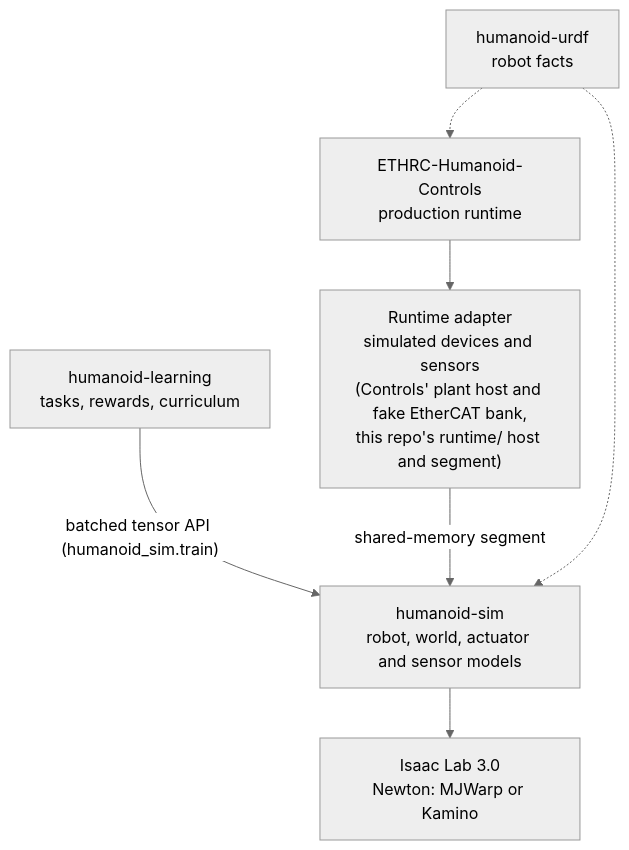
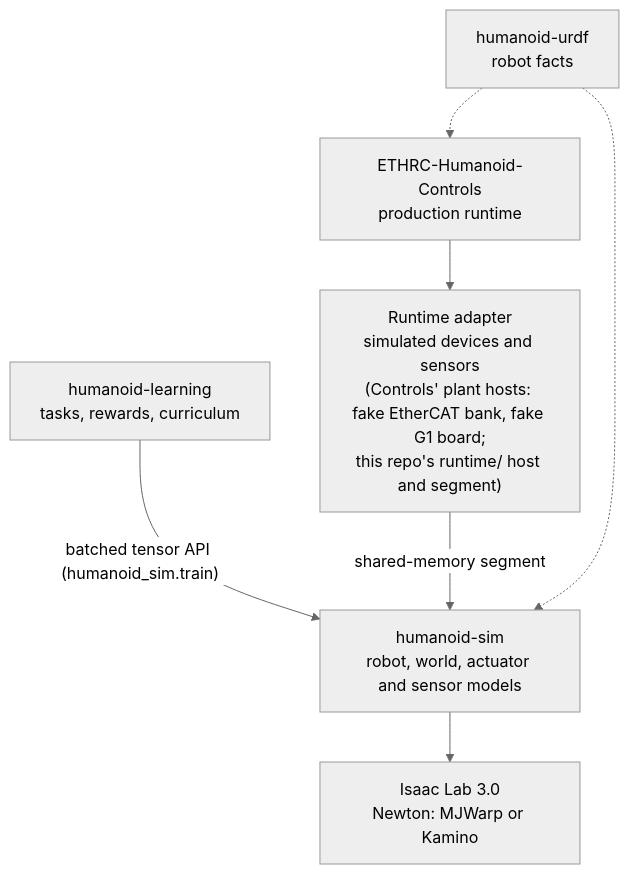
One commit to ETHRoboticsClub/humanoid-sim changed the first of 2 diagrams in docs/overview.md. Above: the diagram before and after it, drawn with Mermaid (neutral theme). The commit also changed other lines of this file and 4 other files, not shown here.

````diff
--- a/docs/overview.md
+++ b/docs/overview.md
@@ -17,15 +17,15 @@
 ```mermaid
 flowchart TB
     rl["humanoid-learning<br/>tasks, rewards, curriculum"]
     controls["ETHRC-Humanoid-Controls<br/>production runtime"]
-    adapter["Runtime adapter<br/>simulated devices and sensors<br/>(Controls' plant host and fake EtherCAT bank,<br/>this repo's runtime/ host and segment)"]
+    adapter["Runtime adapter<br/>simulated devices and sensors<br/>(Controls' plant hosts: fake EtherCAT bank, fake G1 board;<br/>this repo's runtime/ host and segment)"]
     sim["humanoid-sim<br/>robot, world, actuator and sensor models"]
     physics["Isaac Lab 3.0<br/>Newton: MJWarp or Kamino"]
     urdf["humanoid-urdf<br/>robot facts"]
     rl -->|"batched tensor API (humanoid_sim.train)"| sim
     controls --> adapter
     adapter -->|"shared-memory segment"| sim
     sim --> physics
     urdf -.-> sim
     urdf -.-> controls
 ```
````
